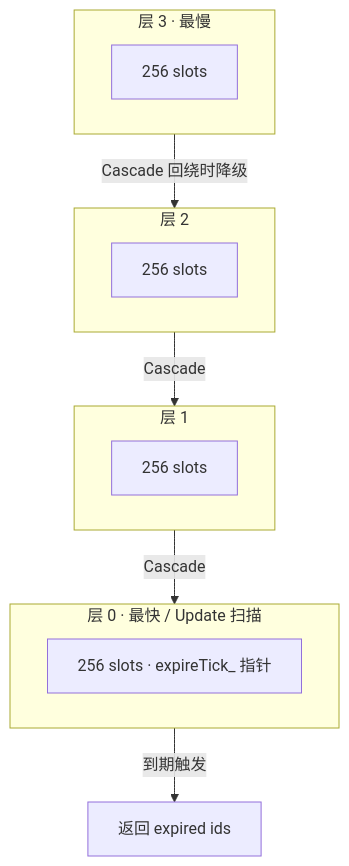
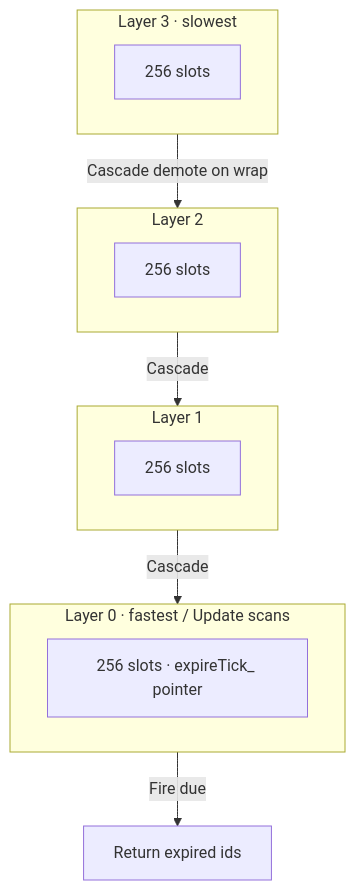
Before and after one commit to esrrhs/wheel_timer: the diagram in README.md, drawn with Mermaid. The commit also changed other lines of this file and 3 other files, not shown here.

````diff
--- a/README.md
+++ b/README.md
@@ -22,19 +25,19 @@
 ```mermaid
 flowchart TB
-  subgraph L3["层 3 · 最慢"]
+  subgraph L3["Layer 3 · slowest"]
     B3["256 slots"]
   end
-  subgraph L2["层 2"]
+  subgraph L2["Layer 2"]
     B2["256 slots"]
   end
-  subgraph L1["层 1"]
+  subgraph L1["Layer 1"]
     B1["256 slots"]
   end
-  subgraph L0["层 0 · 最快 / Update 扫描"]
-    B0["256 slots · expireTick_ 指针"]
+  subgraph L0["Layer 0 · fastest / Update scans"]
+    B0["256 slots · expireTick_ pointer"]
   end
-  L3 -->|Cascade 回绕时降级| L2
+  L3 -->|Cascade demote on wrap| L2
   L2 -->|Cascade| L1
   L1 -->|Cascade| L0
-  L0 -->|到期触发| Fire["返回 expired ids"]
+  L0 -->|Fire due| Fire["Return expired ids"]
 ```
````
